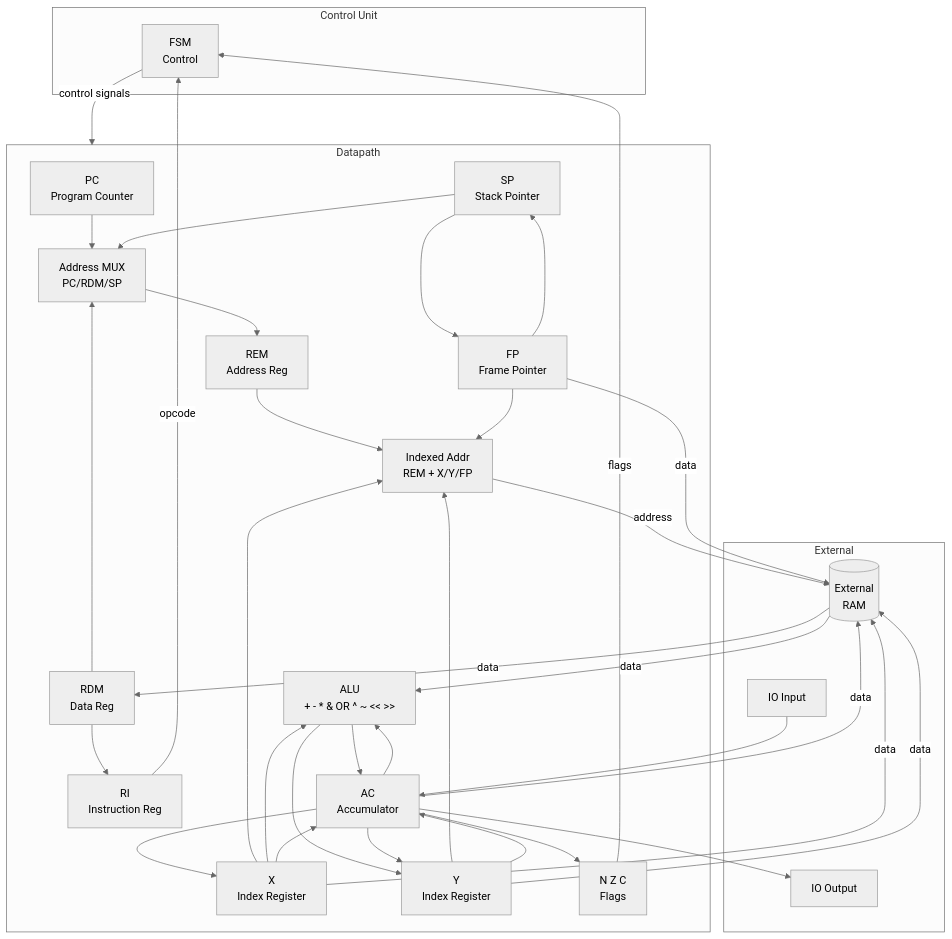
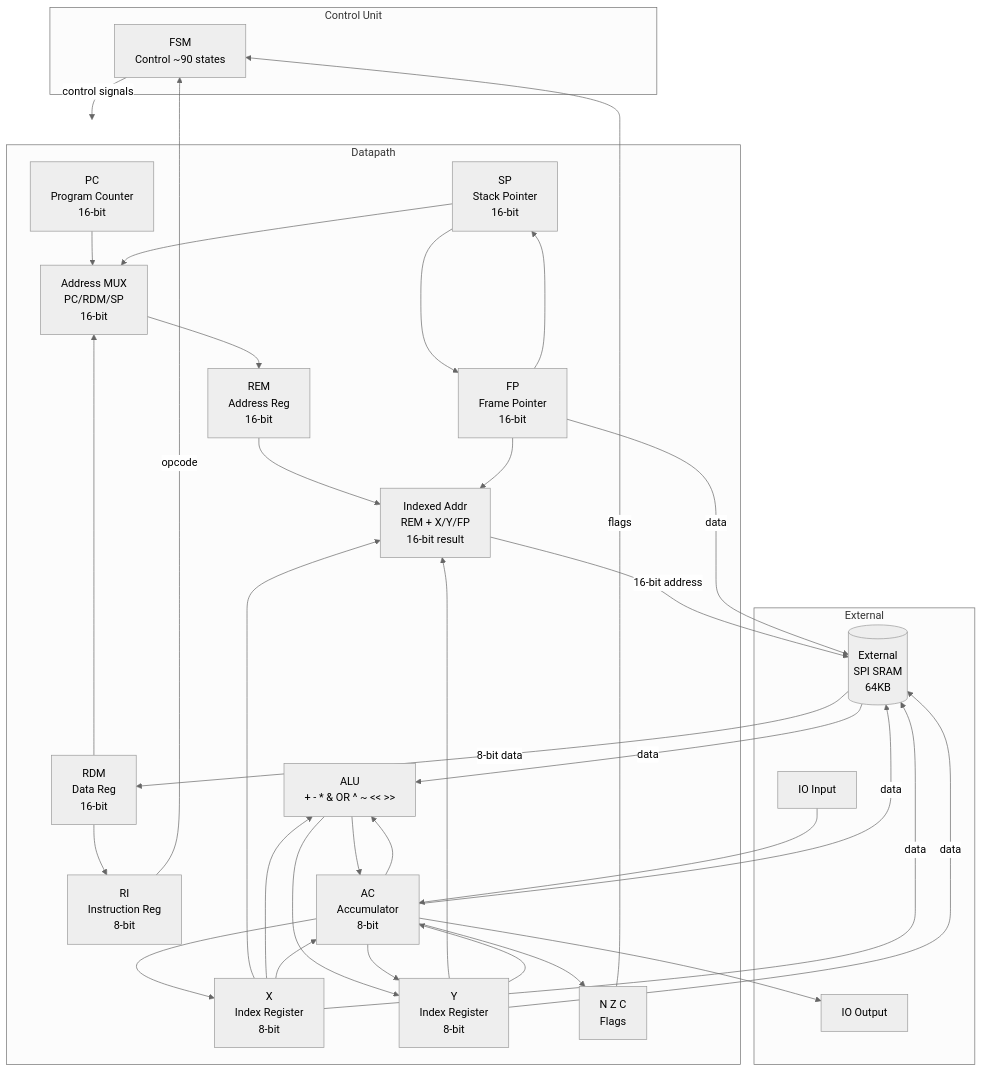
One commit to leonardoaraujosantos/neander_tinytapeout_2026 changed the second of 2 diagrams in README.md. Above: the diagram before and after it, drawn with Mermaid (neutral theme). The commit also changed other lines of this file and 5 other files, not shown here.

````diff
--- a/README.md
+++ b/README.md
@@ -323,62 +358,62 @@
 ```mermaid
 graph TB
     subgraph Control Unit
-        FSM[FSM<br/>Control]
+        FSM[FSM<br/>Control ~90 states]
     end
 
     subgraph Datapath
-        PC[PC<br/>Program Counter]
-        SP[SP<br/>Stack Pointer]
-        FP[FP<br/>Frame Pointer]
-        X[X<br/>Index Register]
-        Y[Y<br/>Index Register]
-        RI[RI<br/>Instruction Reg]
-        REM[REM<br/>Address Reg]
-        RDM[RDM<br/>Data Reg]
-        AC[AC<br/>Accumulator]
+        PC[PC<br/>Program Counter<br/>16-bit]
+        SP[SP<br/>Stack Pointer<br/>16-bit]
+        FP[FP<br/>Frame Pointer<br/>16-bit]
+        X[X<br/>Index Register<br/>8-bit]
+        Y[Y<br/>Index Register<br/>8-bit]
+        RI[RI<br/>Instruction Reg<br/>8-bit]
+        REM[REM<br/>Address Reg<br/>16-bit]
+        RDM[RDM<br/>Data Reg<br/>16-bit]
+        AC[AC<br/>Accumulator<br/>8-bit]
         ALU[ALU<br/>+ - * & OR ^ ~ << >>]
         NZC[N Z C<br/>Flags]
-        MUX[Address MUX<br/>PC/RDM/SP]
-        IDX[Indexed Addr<br/>REM + X/Y/FP]
+        MUX[Address MUX<br/>PC/RDM/SP<br/>16-bit]
+        IDX[Indexed Addr<br/>REM + X/Y/FP<br/>16-bit result]
     end
 
     subgraph External
-        RAM[(External<br/>RAM)]
+        RAM[(External<br/>SPI SRAM<br/>64KB)]
         IO_IN[IO Input]
         IO_OUT[IO Output]
     end
 
     FSM -->|control signals| Datapath
     RI -->|opcode| FSM
     NZC -->|flags| FSM
 
     PC --> MUX
     RDM --> MUX
     SP --> MUX
     MUX --> REM
     REM --> IDX
     X --> IDX
     Y --> IDX
     FP --> IDX
-    IDX -->|address| RAM
-    RAM -->|data| RDM
+    IDX -->|16-bit address| RAM
+    RAM -->|8-bit data| RDM
     RDM --> RI
     AC --> ALU
     X --> ALU
     ALU --> AC
     ALU --> Y
     AC --> X
     AC --> Y
     X --> AC
     Y --> AC
     SP --> FP
     FP --> SP
     RAM -->|data| ALU
     AC --> NZC
     AC -->|data| RAM
     X -->|data| RAM
     Y -->|data| RAM
     FP -->|data| RAM
     IO_IN --> AC
     AC --> IO_OUT
 ```
````
